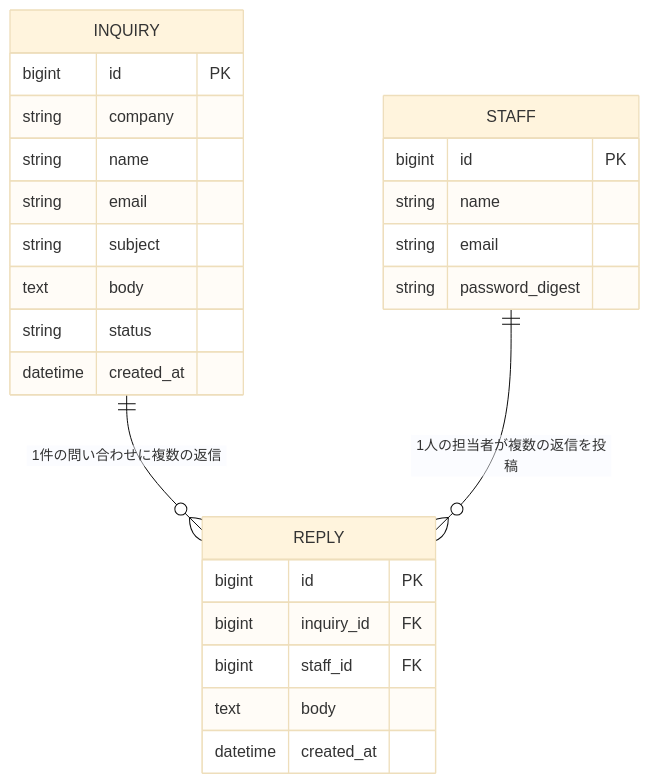
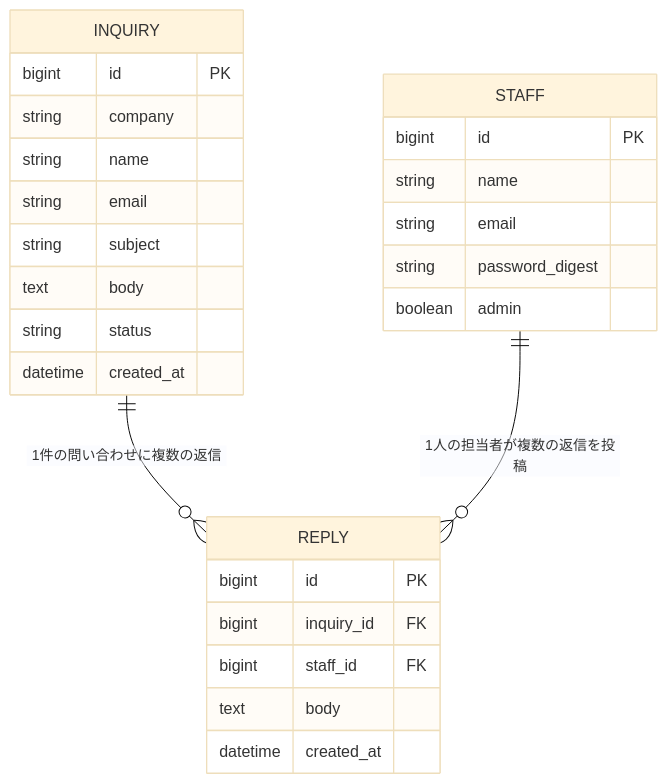
Before and after one commit to takahiromorikawa/InquiryManagement: the diagram in docs/database.md, drawn with Mermaid (base theme). The commit also changed other lines of this file and 22 other files, not shown here.

````diff
--- a/docs/database.md
+++ b/docs/database.md
@@ -47,29 +48,30 @@
 ```mermaid
 erDiagram
     INQUIRY ||--o{ REPLY : "1件の問い合わせに複数の返信"
     STAFF ||--o{ REPLY : "1人の担当者が複数の返信を投稿"
 
     INQUIRY {
         bigint id PK
         string company
         string name
         string email
         string subject
         text body
         string status
         datetime created_at
     }
     REPLY {
         bigint id PK
         bigint inquiry_id FK
         bigint staff_id FK
         text body
         datetime created_at
     }
     STAFF {
         bigint id PK
         string name
         string email
         string password_digest
+        boolean admin
     }
 ```
````
